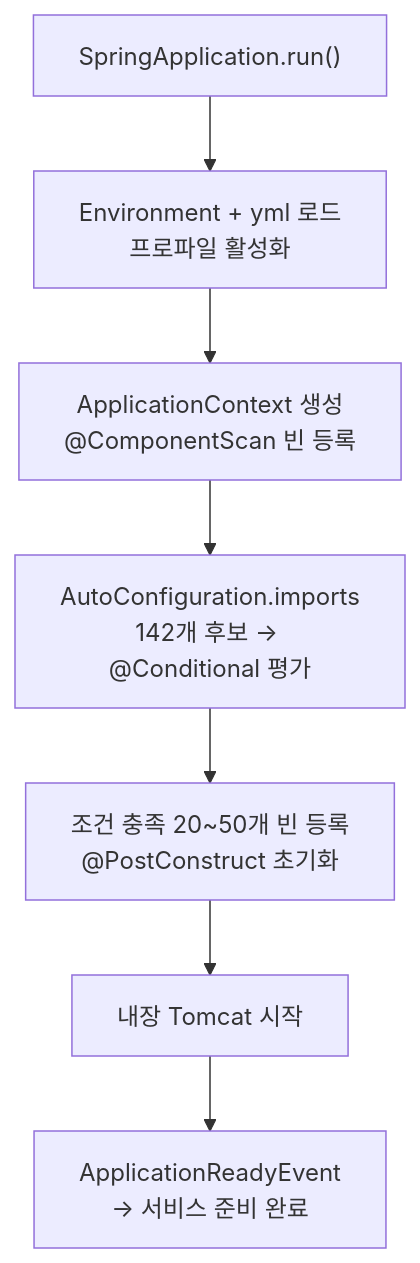
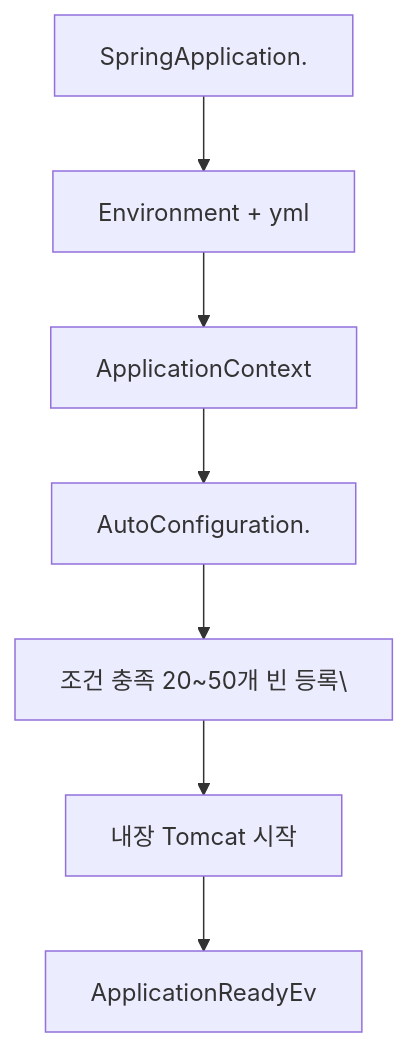
One commit to yjkim2015/yjkim2015.github.io changed the seventh of 7 diagrams in _posts/spring/2026-05-02-spring-boot-autoconfigure.md. Above: the diagram before and after it, drawn with Mermaid. The commit also changed other lines of this file and 271 other files, not shown here.

First line of the commit message:
Mermaid 라벨 축소: 긴 노드 텍스트 18자 이하로 트림 + \n 제거

````diff
--- a/_posts/spring/2026-05-02-spring-boot-autoconfigure.md
+++ b/_posts/spring/2026-05-02-spring-boot-autoconfigure.md
@@ -689,9 +689,9 @@
 ```mermaid
 flowchart TD
-    A["SpringApplication.run()"] --> B["Environment + yml 로드\n프로파일 활성화"]
-    B --> C["ApplicationContext 생성\n@ComponentScan 빈 등록"]
-    C --> D["AutoConfiguration.imports\n142개 후보 → @Conditional 평가"]
-    D --> E["조건 충족 20~50개 빈 등록\n@PostConstruct 초기화"]
+    A["SpringApplication."] --> B["Environment + yml"]
+    B --> C["ApplicationContext"]
+    C --> D["AutoConfiguration."]
+    D --> E["조건 충족 20~50개 빈 등록\"]
     E --> F["내장 Tomcat 시작"]
-    F --> G["ApplicationReadyEvent\n→ 서비스 준비 완료"]
+    F --> G["ApplicationReadyEv"]
 ```
````
